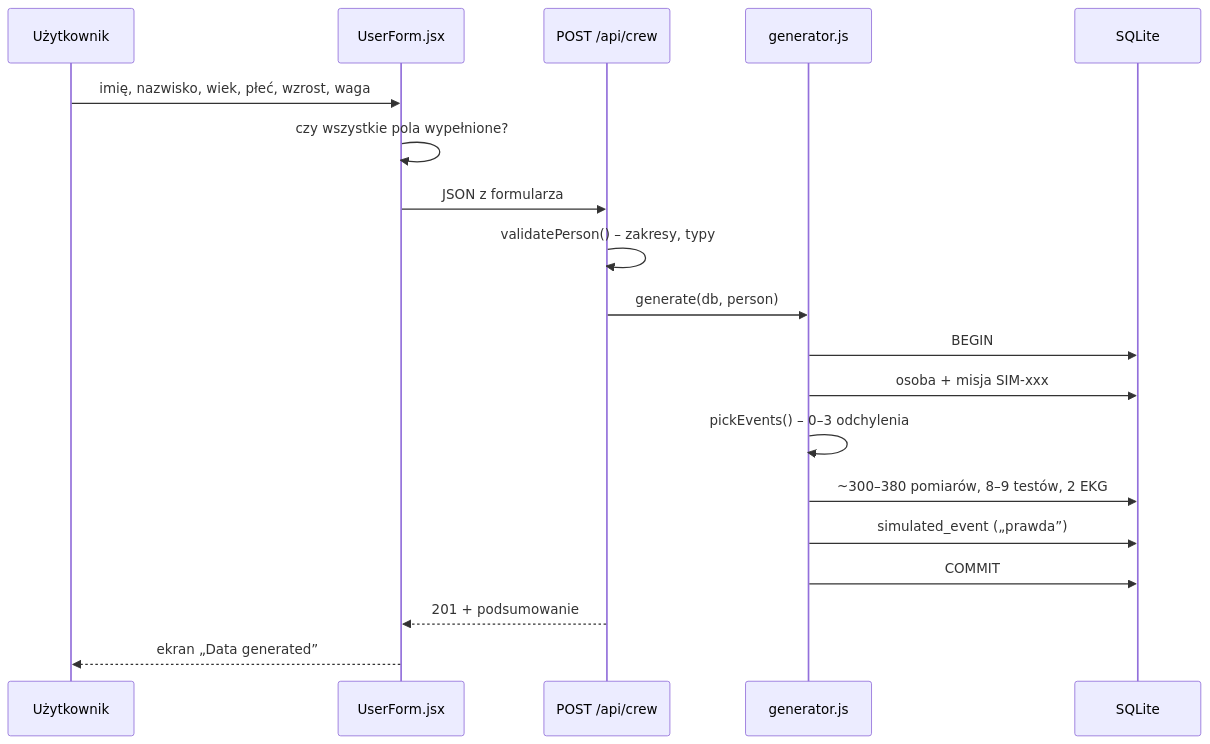
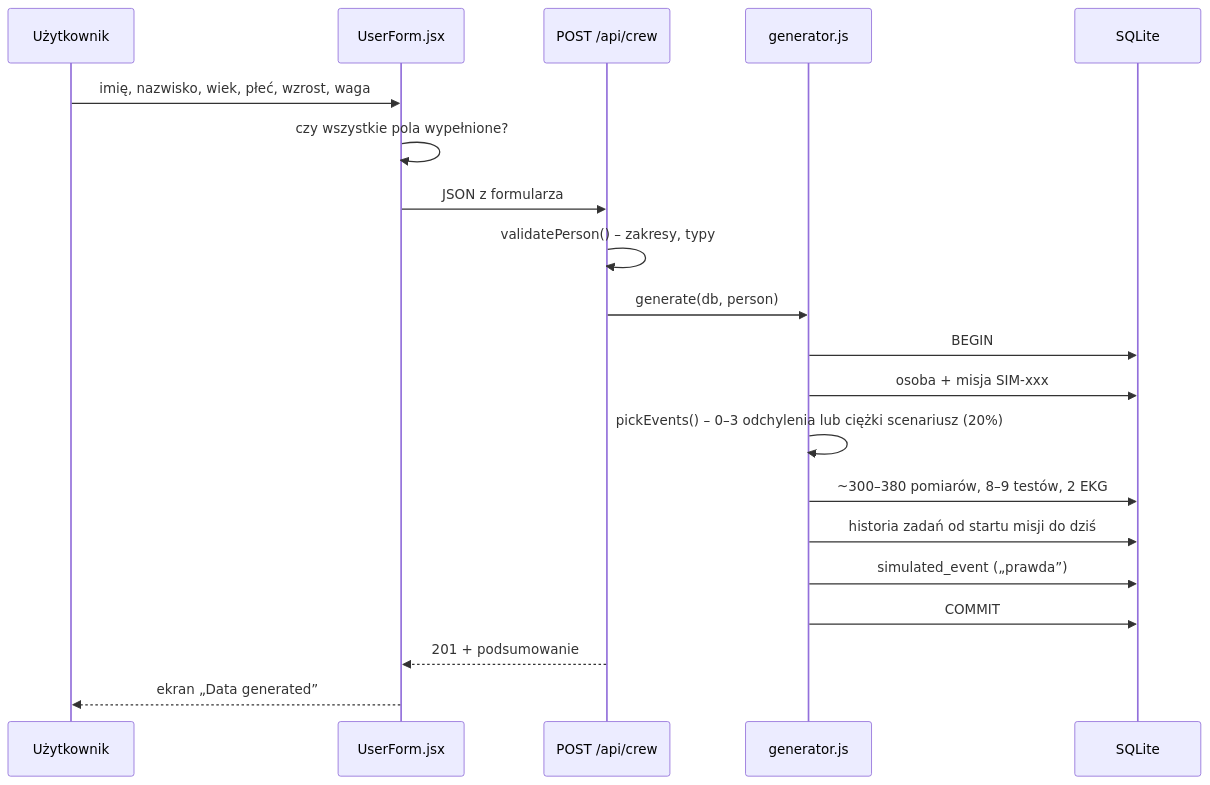
The second of 3 diagrams in README.md (KacperModelu/HackatonHealthMonitoringSystem), drawn with Mermaid before and after one commit. The commit also changed other lines of this file and 4 other files, not shown here.

````diff
--- a/README.md
+++ b/README.md
@@ -195,22 +195,23 @@
 ```mermaid
 sequenceDiagram
     participant U as Użytkownik
     participant F as UserForm.jsx
     participant A as POST /api/crew
     participant G as generator.js
     participant D as SQLite
 
     U->>F: imię, nazwisko, wiek, płeć, wzrost, waga
     F->>F: czy wszystkie pola wypełnione?
     F->>A: JSON z formularza
     A->>A: validatePerson() – zakresy, typy
     A->>G: generate(db, person)
     G->>D: BEGIN
     G->>D: osoba + misja SIM-xxx
-    G->>G: pickEvents() – 0–3 odchylenia
+    G->>G: pickEvents() – 0–3 odchylenia lub ciężki scenariusz (20%)
     G->>D: ~300–380 pomiarów, 8–9 testów, 2 EKG
+    G->>D: historia zadań od startu misji do dziś
     G->>D: simulated_event („prawda”)
     G->>D: COMMIT
     A-->>F: 201 + podsumowanie
     F-->>U: ekran „Data generated”
 ```
````
